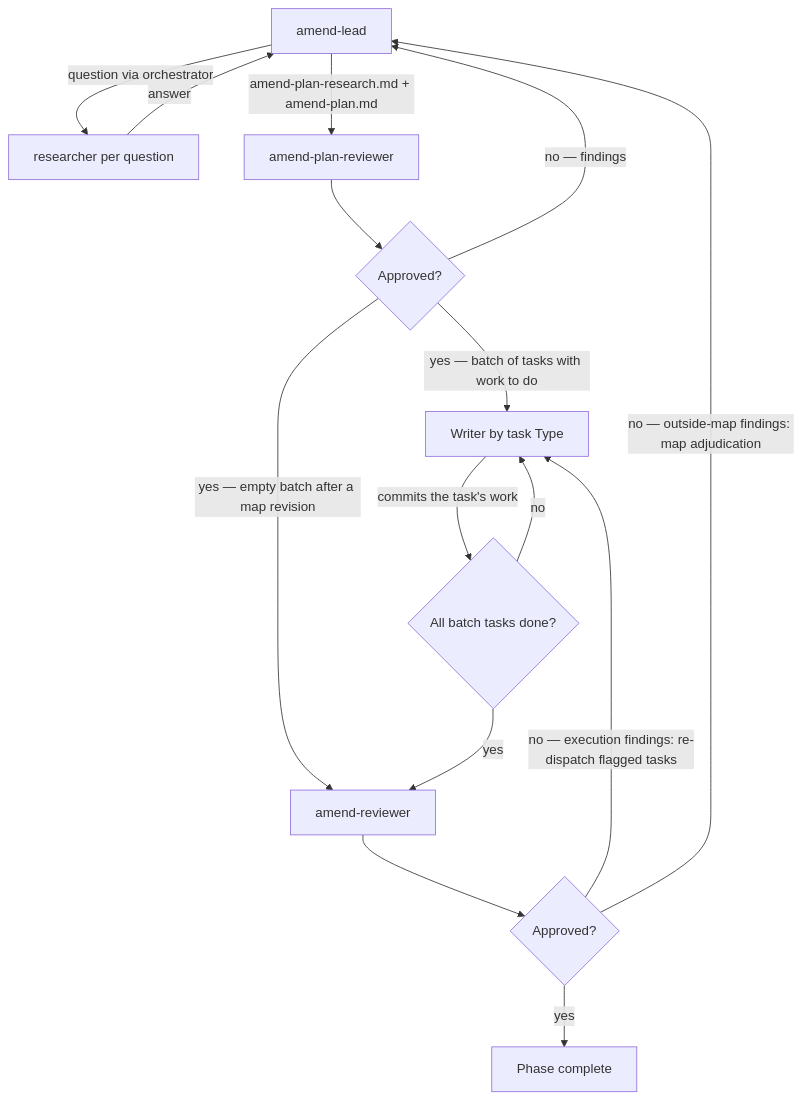
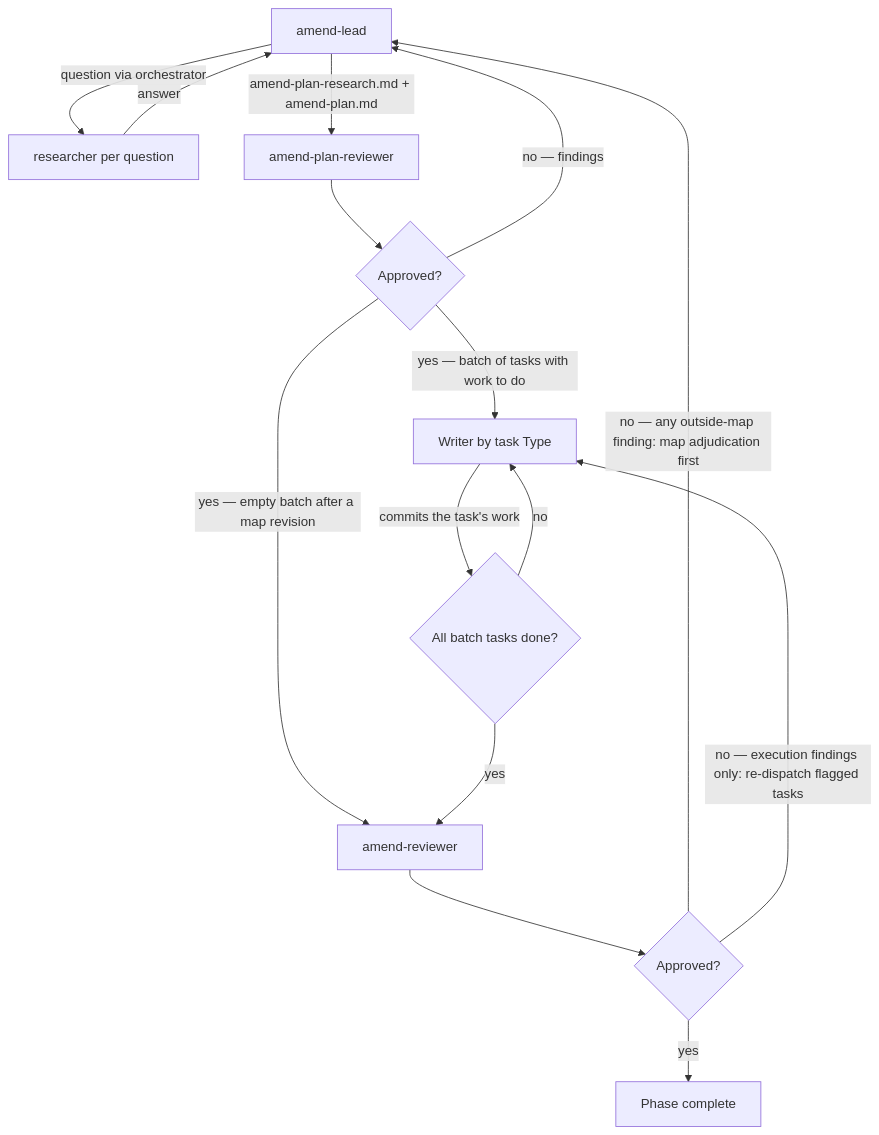
The diagram in skills/radical-pipelines/reference/autonomous-phases/1 - amend.md (Automattic/radical-pipelines), drawn with Mermaid before and after one commit. The commit also changed 2 other files, not shown here.

Commit message:
Address PR review round 6: mode-scoped feedback guideline, advisory gate, serialized diagram (assisted)

````diff
--- a/skills/radical-pipelines/reference/autonomous-phases/1 - amend.md
+++ b/skills/radical-pipelines/reference/autonomous-phases/1 - amend.md
@@ -53,17 +53,17 @@
 ```mermaid
 flowchart TD
     A[amend-lead] -->|question via orchestrator| B[researcher per question]
     B -->|answer| A
     A -->|amend-plan-research.md + amend-plan.md| C[amend-plan-reviewer]
     C --> D{Approved?}
     D -->|no — findings| A
     D -->|yes — batch of tasks with work to do| E[Writer by task Type]
     D -->|yes — empty batch after a map revision| G
     E -->|commits the task's work| F{All batch tasks done?}
     F -->|no| E
     F -->|yes| G[amend-reviewer]
     G --> H{Approved?}
-    H -->|no — execution findings: re-dispatch flagged tasks| E
-    H -->|no — outside-map findings: map adjudication| A
+    H -->|no — any outside-map finding: map adjudication first| A
+    H -->|no — execution findings only: re-dispatch flagged tasks| E
     H -->|yes| I[Phase complete]
 ```
````
